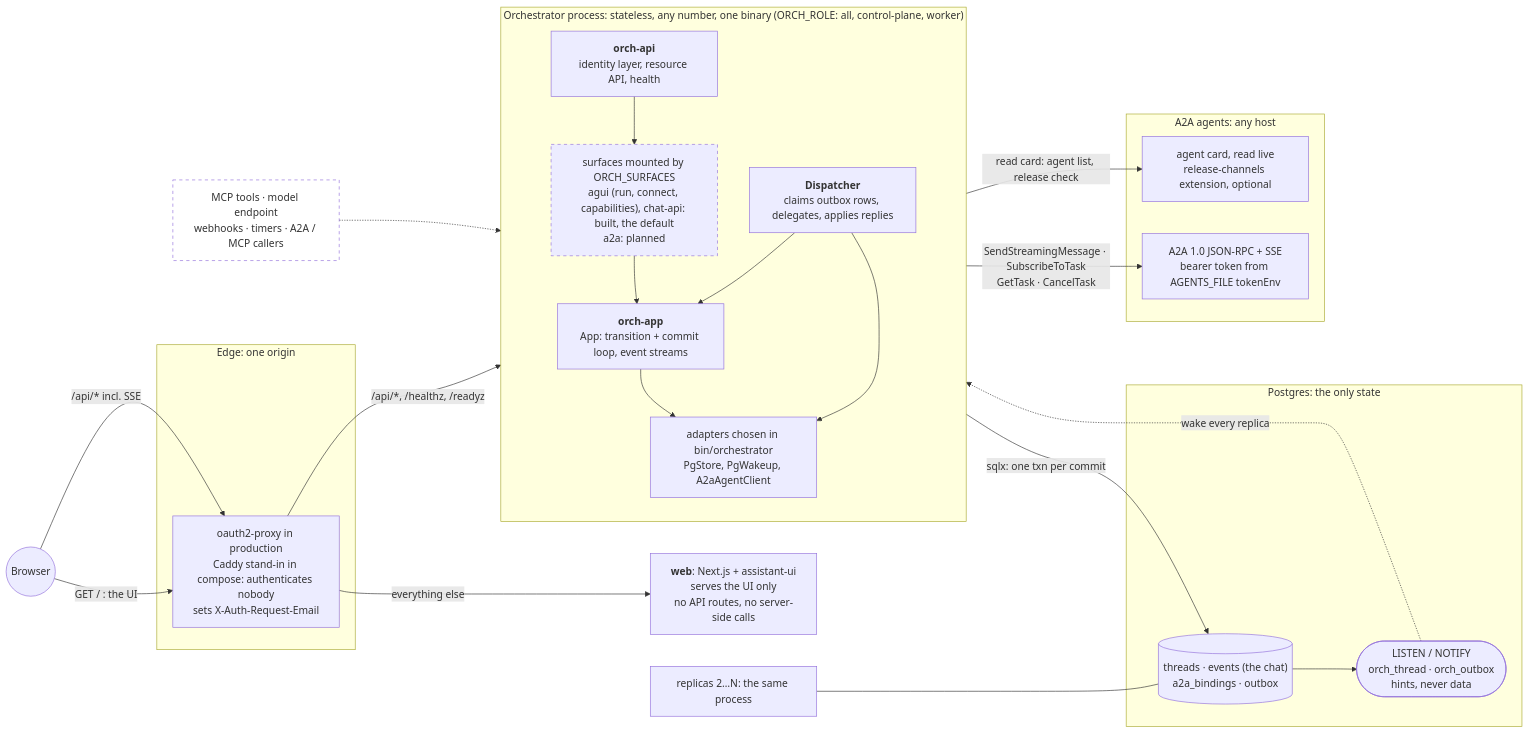
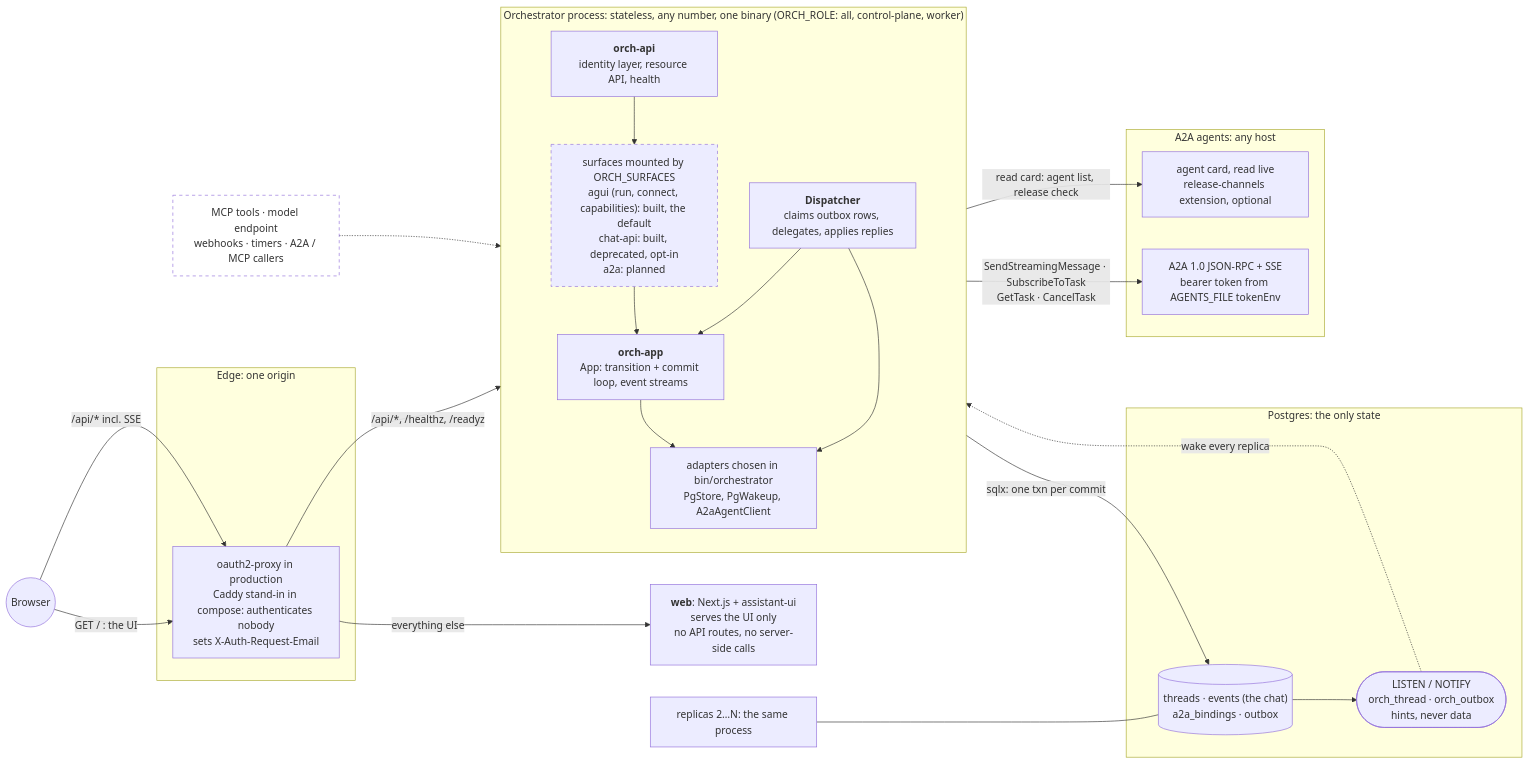
One commit to vymalo/another-agentic-system changed the first of 8 diagrams in docs/architecture.md. Above: the diagram before and after it, drawn with Mermaid. The commit also changed other lines of this file and 18 other files, not shown here.

````diff
--- a/docs/architecture.md
+++ b/docs/architecture.md
@@ -76,42 +76,42 @@
 ```mermaid
 flowchart LR
   browser(("Browser"))
   subgraph EDGE["Edge: one origin"]
     edge["oauth2-proxy in production<br/>Caddy stand-in in compose: authenticates nobody<br/>sets X-Auth-Request-Email"]
   end
   web["<b>web</b>: Next.js + assistant-ui<br/>serves the UI only<br/>no API routes, no server-side calls"]
   subgraph REPLICA["Orchestrator process: stateless, any number, one binary (ORCH_ROLE: all, control-plane, worker)"]
     direction TB
     api["<b>orch-api</b><br/>identity layer, resource API, health"]
-    surfaces["surfaces mounted by ORCH_SURFACES<br/>agui (run, connect, capabilities), chat-api: built, the default<br/>a2a: planned"]
+    surfaces["surfaces mounted by ORCH_SURFACES<br/>agui (run, connect, capabilities): built, the default<br/>chat-api: built, deprecated, opt-in<br/>a2a: planned"]
     app["<b>orch-app</b><br/>App: transition + commit loop, event streams"]
     disp["<b>Dispatcher</b><br/>claims outbox rows, delegates, applies replies"]
     adapters["adapters chosen in bin/orchestrator<br/>PgStore, PgWakeup, A2aAgentClient"]
     api --> surfaces --> app
     disp --> app
     app --> adapters
     disp --> adapters
   end
   subgraph PG["Postgres: the only state"]
     tables[("threads · events (the chat)<br/>a2a_bindings · outbox")]
     notify(["LISTEN / NOTIFY<br/>orch_thread · orch_outbox<br/>hints, never data"])
   end
   subgraph AGENTS["A2A agents: any host"]
     card["agent card, read live<br/>release-channels extension, optional"]
     a2a["A2A 1.0 JSON-RPC + SSE<br/>bearer token from AGENTS_FILE tokenEnv"]
   end
   browser -- "GET / : the UI" --> edge
   browser -- "/api/* incl. SSE" --> edge
   edge -- "everything else" --> web
   edge -- "/api/*, /healthz, /readyz" --> api
   adapters -- "sqlx: one txn per commit" --> tables
   tables --> notify
   notify -. "wake every replica" .-> adapters
   adapters -- "SendStreamingMessage · SubscribeToTask<br/>GetTask · CancelTask" --> a2a
   adapters -- "read card: agent list, release check" --> card
   more["replicas 2…N: the same process"] --- tables
   mcp["MCP tools · model endpoint<br/>webhooks · timers · A2A / MCP callers"]:::planned
   mcp -.-> api
   classDef planned stroke-dasharray: 5 5,fill:none
   style surfaces stroke-dasharray: 5 5
 ```
````
